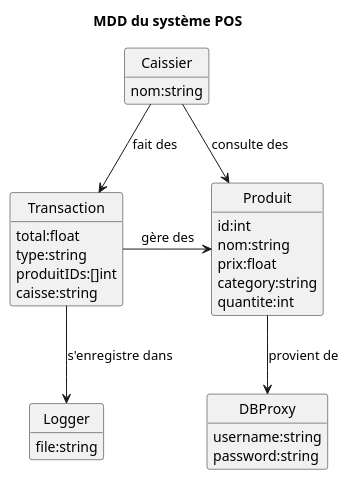
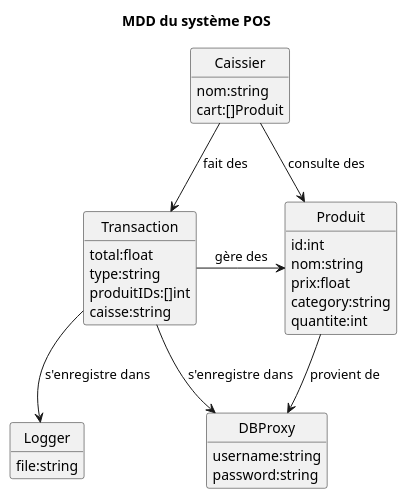
Before and after one commit to SunnyKentz/labo-1-log430: the diagram in docs/uml/MDD.puml, drawn with PlantUML. The commit also changed 35 other files, not shown here.

```diff
--- a/docs/uml/MDD.puml
+++ b/docs/uml/MDD.puml
@@ -1,37 +1,41 @@
 @startuml
 
 hide circle
 hide method
+
 title MDD du système POS
+
 class Produit {
   id:int
   nom:string
   prix:float
   category:string
   quantite:int
 }
 class DBProxy{
  username:string
  password:string
 }
 class Transaction{
  total:float
  type:string
  produitIDs:[]int
  caisse:string
 }
 class Logger{
  file:string
 }
 
 class Caissier {
  nom:string
+ cart:[]Produit
 }
 
 Caissier --> Transaction : fait des
 Caissier -> Produit : consulte des
 Transaction -> Produit: gère des
 Transaction --> Logger: s'enregistre dans
+Transaction --> DBProxy: s'enregistre dans
 Produit --> DBProxy : provient de
 
 @enduml
```
